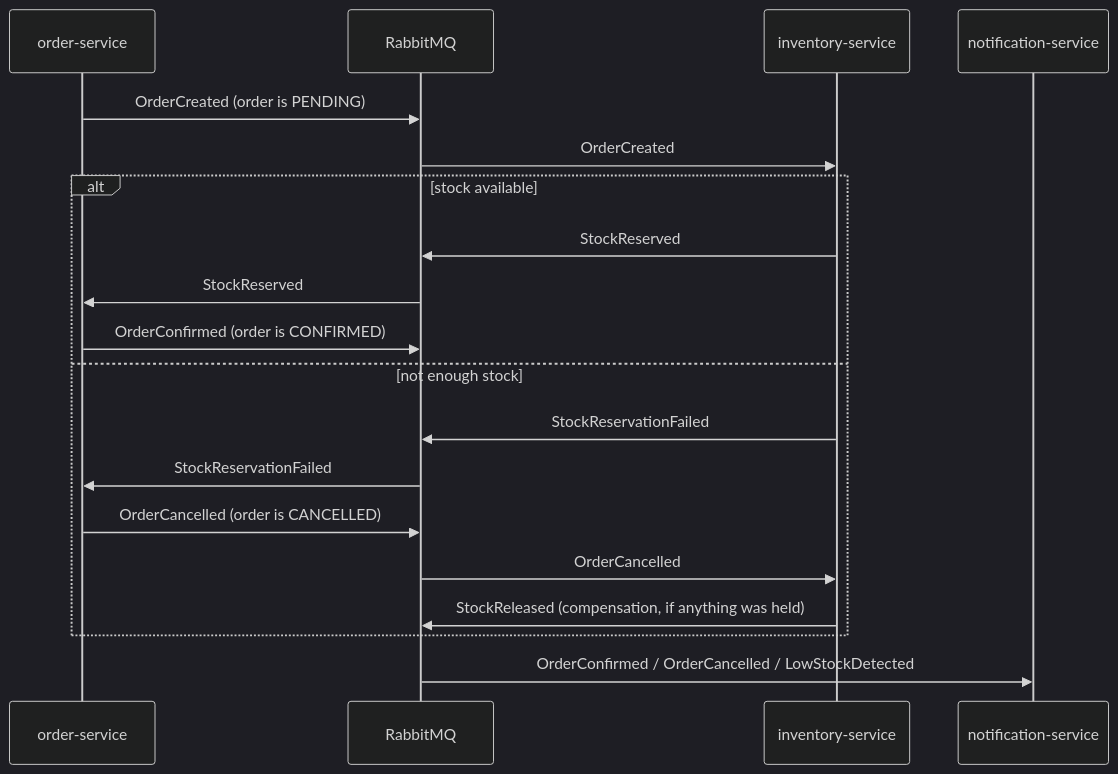
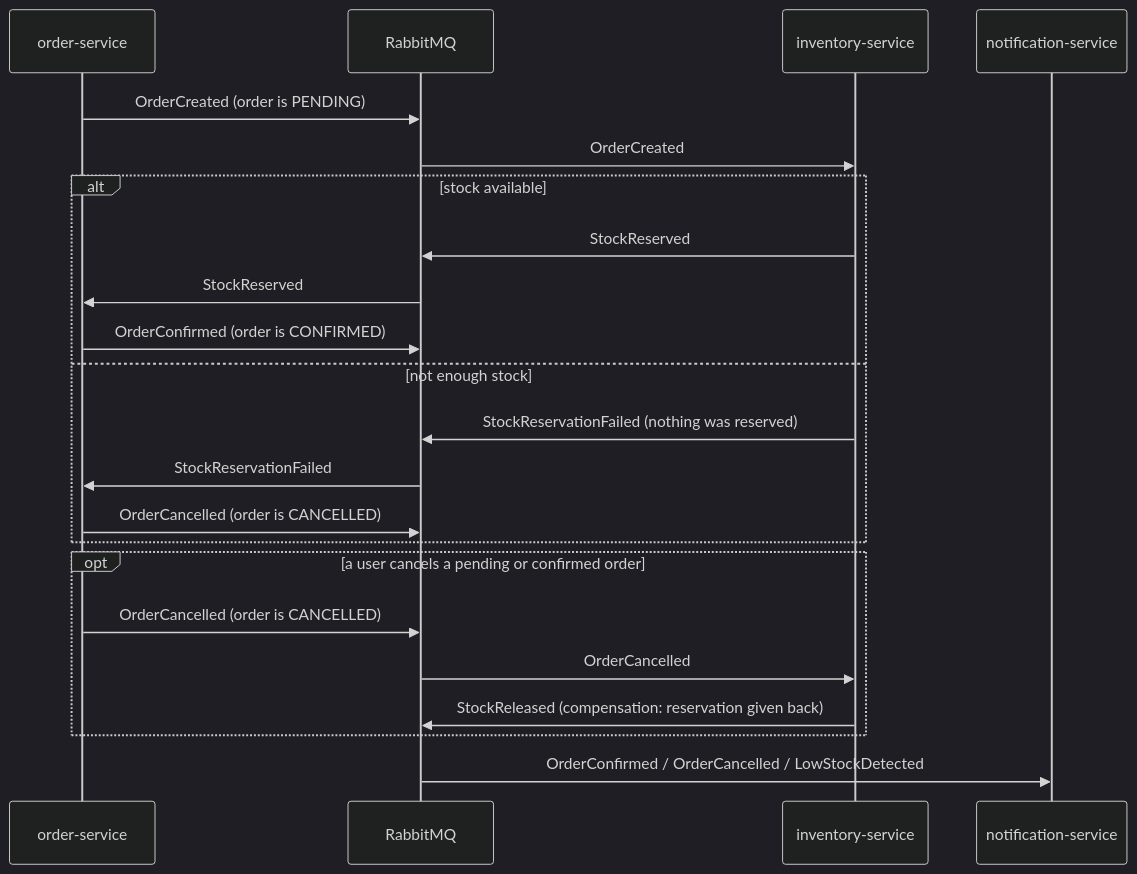
One commit to rkumwt/inventory-management-system changed the second of 2 diagrams in README.md. Above: the diagram before and after it, drawn with Mermaid (dark theme). The commit also changed other lines of this file and 101 other files, not shown here.

````diff
--- a/README.md
+++ b/README.md
@@ -47,22 +50,25 @@
 ```mermaid
 sequenceDiagram
   participant O as order-service
   participant MQ as RabbitMQ
   participant I as inventory-service
   participant N as notification-service
 
   O->>MQ: OrderCreated (order is PENDING)
   MQ->>I: OrderCreated
   alt stock available
     I->>MQ: StockReserved
     MQ->>O: StockReserved
     O->>MQ: OrderConfirmed (order is CONFIRMED)
   else not enough stock
-    I->>MQ: StockReservationFailed
+    I->>MQ: StockReservationFailed (nothing was reserved)
     MQ->>O: StockReservationFailed
     O->>MQ: OrderCancelled (order is CANCELLED)
+  end
+  opt a user cancels a pending or confirmed order
+    O->>MQ: OrderCancelled (order is CANCELLED)
     MQ->>I: OrderCancelled
-    I->>MQ: StockReleased (compensation, if anything was held)
+    I->>MQ: StockReleased (compensation: reservation given back)
   end
   MQ->>N: OrderConfirmed / OrderCancelled / LowStockDetected
 ```
````
